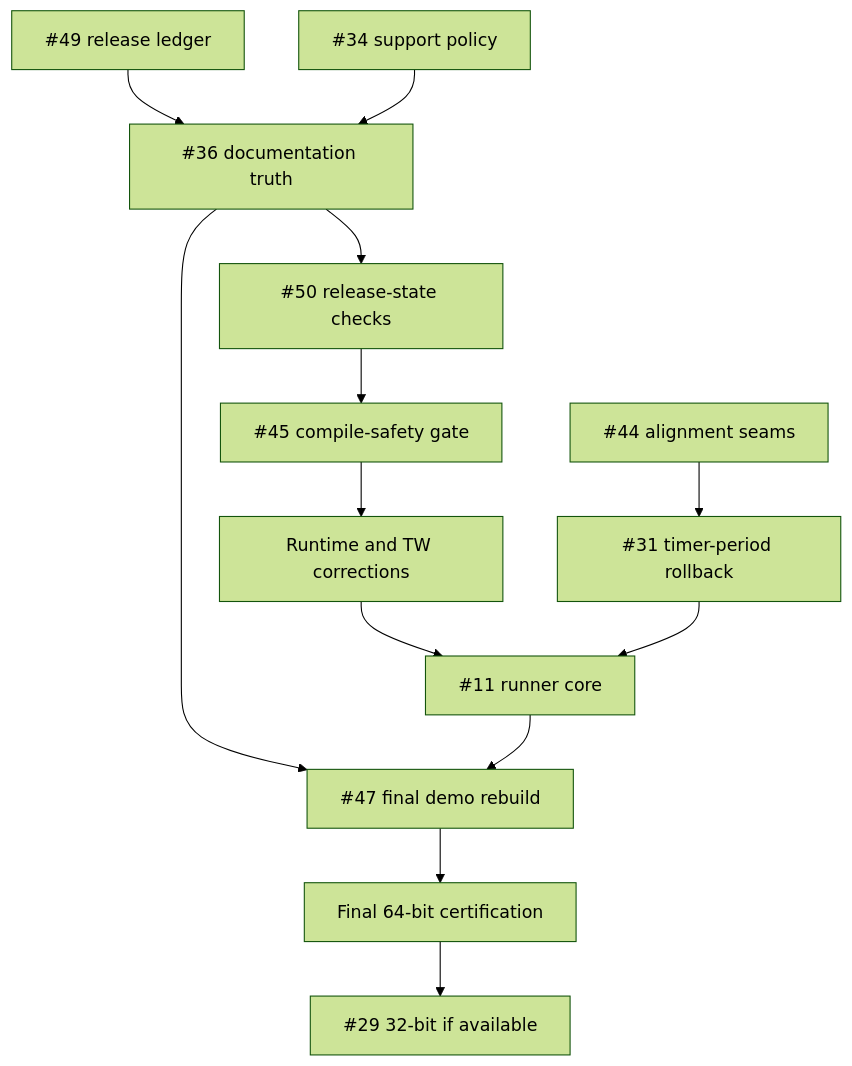
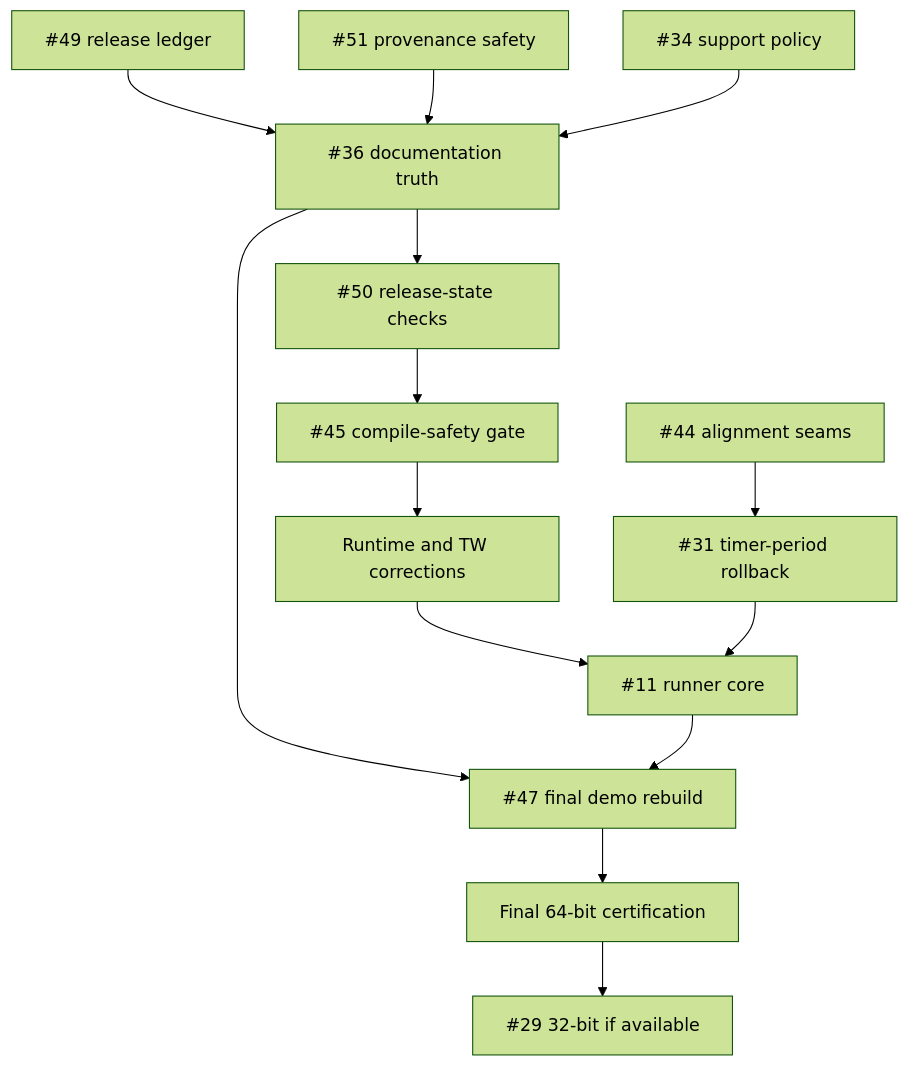
One commit to danielep71/VBA-PERFORMANCE_MANAGER changed the diagram in docs/V1.4.1_IMPLEMENTATION_PLAN.md. Above: the diagram before and after it, drawn with Mermaid (forest theme). The commit also changed other lines of this file, not shown here.

Commit message:
docs(plan): add provenance fail-closed gate

````diff
--- a/docs/V1.4.1_IMPLEMENTATION_PLAN.md
+++ b/docs/V1.4.1_IMPLEMENTATION_PLAN.md
@@ -76,15 +78,16 @@
 ```mermaid
 flowchart TD
-    A["#49 release ledger"] --> B["#36 documentation truth"]
-    J["#34 support policy"] --> B
-    B --> C["#50 release-state checks"]
-    C --> D["#45 compile-safety gate"]
-    D --> E["Runtime and TW corrections"]
-    F["#44 alignment seams"] --> G["#31 timer-period rollback"]
-    E --> H["#11 runner core"]
-    G --> H
-    B --> I["#47 final demo rebuild"]
+    A["#49 release ledger"] --> C["#36 documentation truth"]
+    B["#51 provenance safety"] --> C
+    J["#34 support policy"] --> C
+    C --> D["#50 release-state checks"]
+    D --> E["#45 compile-safety gate"]
+    E --> F["Runtime and TW corrections"]
+    G["#44 alignment seams"] --> H["#31 timer-period rollback"]
+    F --> I["#11 runner core"]
     H --> I
-    I --> K["Final 64-bit certification"]
-    K --> L["#29 32-bit if available"]
+    C --> K["#47 final demo rebuild"]
+    I --> K
+    K --> L["Final 64-bit certification"]
+    L --> M["#29 32-bit if available"]
 ```
````
